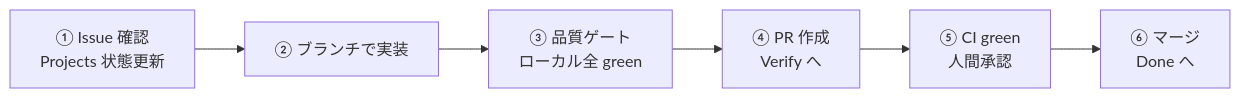
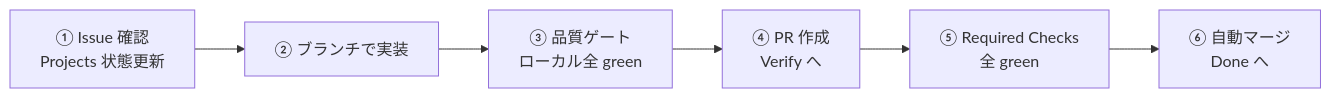
The third of 3 diagrams in docs/operations/operations-manual.md (Kensan196948G/CivilDraft-Web-CAD), drawn with Mermaid before and after one commit. The commit also changed other lines of this file, not shown here.

````diff
--- a/docs/operations/operations-manual.md
+++ b/docs/operations/operations-manual.md
@@ -189,8 +191,8 @@
 ```mermaid
 flowchart LR
     A["① Issue 確認<br>Projects 状態更新"] --> B["② ブランチで実装"]
     B --> C["③ 品質ゲート<br>ローカル全 green"]
     C --> D["④ PR 作成<br>Verify へ"]
-    D --> E["⑤ CI green<br>人間承認"]
-    E --> F["⑥ マージ<br>Done へ"]
+    D --> E["⑤ Required Checks<br>全 green"]
+    E --> F["⑥ 自動マージ<br>Done へ"]
 ```
````
